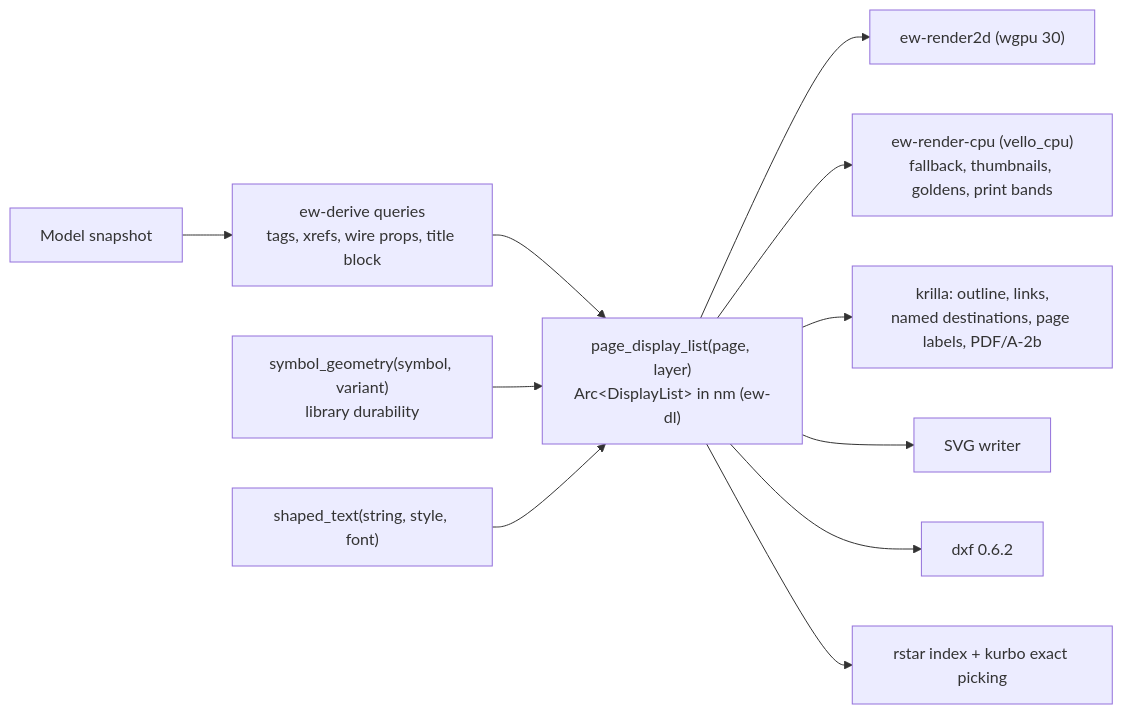
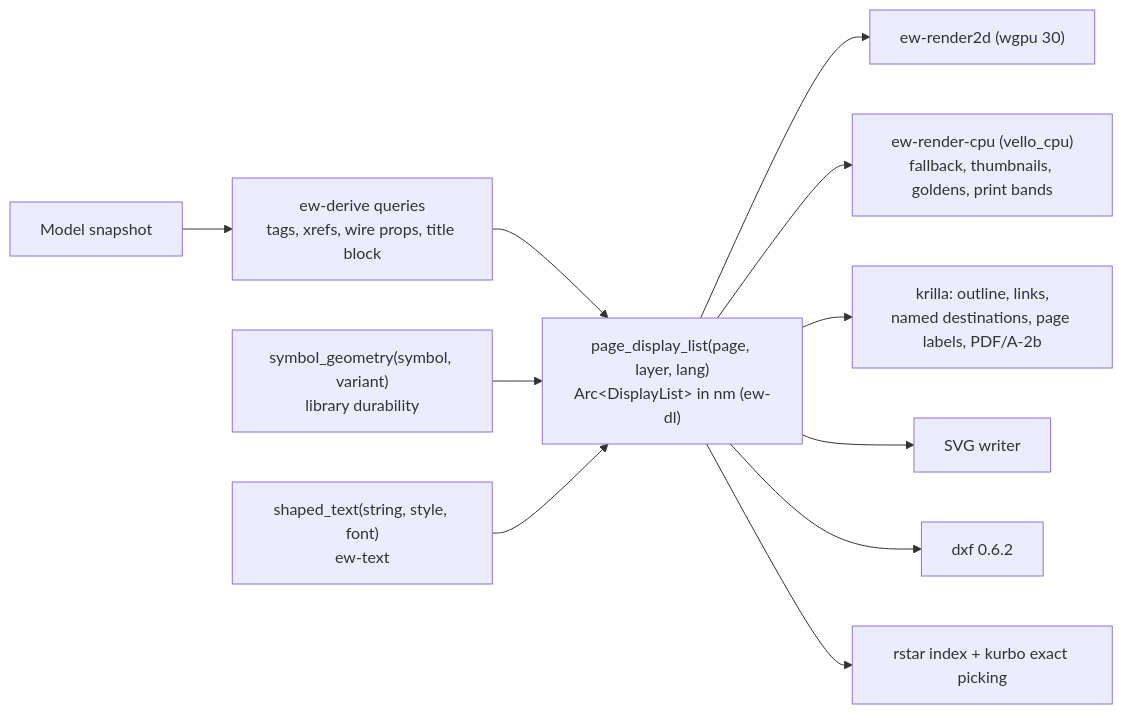
Before and after one commit to Ironkode787/ElektraWatt: the third of 3 diagrams in docs/design/04-architecture.md, drawn with Mermaid. The commit also changed other lines of this file and 51 other files, not shown here.

````diff
--- a/docs/design/04-architecture.md
+++ b/docs/design/04-architecture.md
@@ -830,13 +950,13 @@
 ```mermaid
 flowchart LR
   M[Model snapshot] --> Q["ew-derive queries<br/>tags, xrefs, wire props, title block"]
-  Q --> DL["page_display_list(page, layer)<br/>Arc&lt;DisplayList&gt; in nm (ew-dl)"]
+  Q --> DL["page_display_list(page, layer, lang)<br/>Arc&lt;DisplayList&gt; in nm (ew-dl)"]
   SG["symbol_geometry(symbol, variant)<br/>library durability"] --> DL
-  TX["shaped_text(string, style, font)"] --> DL
+  TX["shaped_text(string, style, font)<br/>ew-text"] --> DL
   DL --> GPU["ew-render2d (wgpu 30)"]
   DL --> CPU["ew-render-cpu (vello_cpu)<br/>fallback, thumbnails, goldens, print bands"]
   DL --> PDF["krilla: outline, links,<br/>named destinations, page labels, PDF/A-2b"]
   DL --> SVG[SVG writer]
   DL --> DXF["dxf 0.6.2"]
   DL --> HIT["rstar index + kurbo exact picking"]
 ```
````
